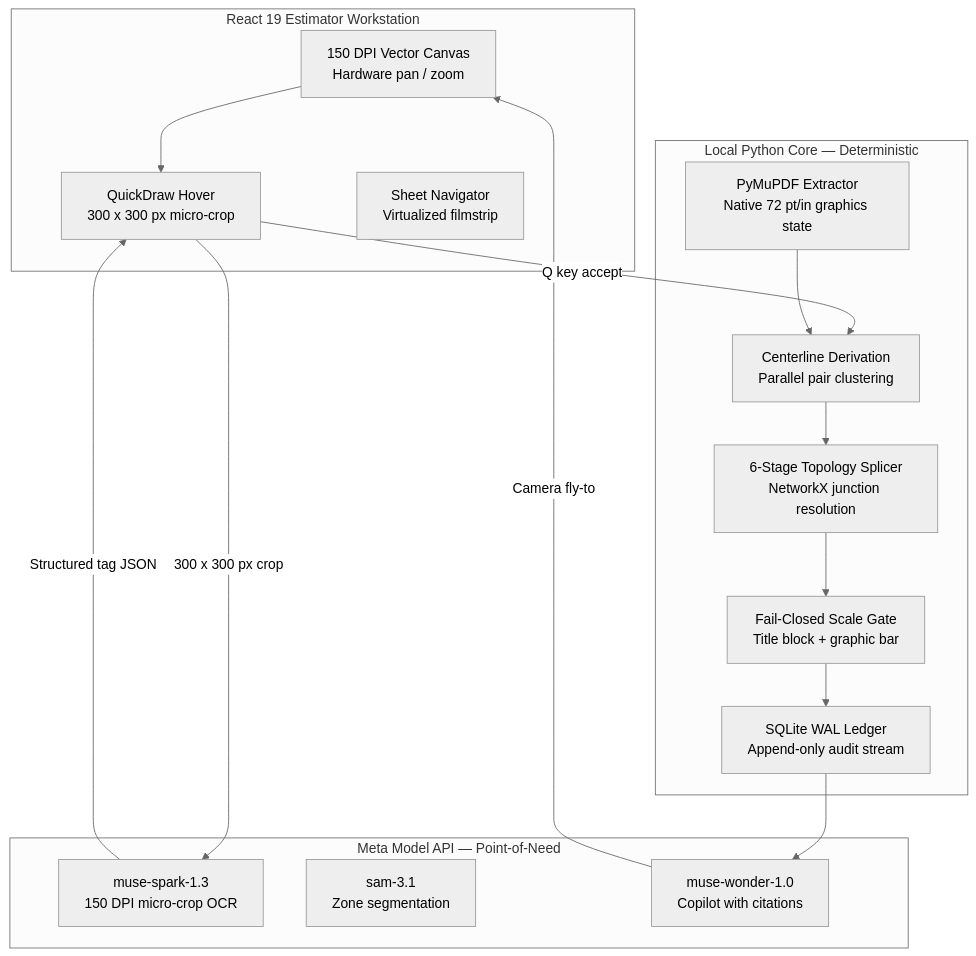
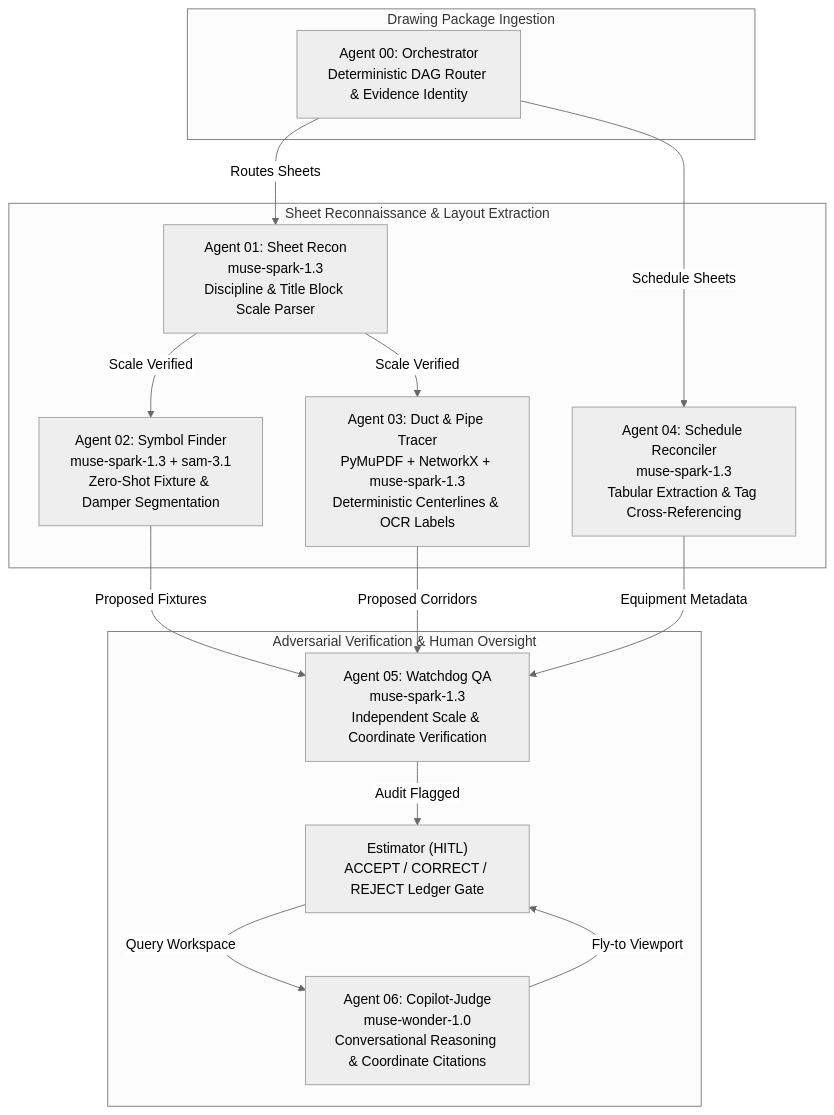
The first of 2 diagrams in README.md (weslyjohn1307/BlueTrace), drawn with Mermaid (neutral theme) before and after one commit. The commit also changed other lines of this file and 1 other file, not shown here.

First line of the commit message:
docs: elevate README with 7-agent architecture and eliminate metric redundancy

````diff
--- a/README.md
+++ b/README.md
@@ -58,33 +64,30 @@
 ```mermaid
 flowchart TB
-    subgraph Workstation["React 19 Estimator Workstation"]
-        Canvas["150 DPI Vector Canvas\nHardware pan / zoom"]
-        Hover["QuickDraw Hover\n300 x 300 px micro-crop"]
-        Navigator["Sheet Navigator\nVirtualized filmstrip"]
+    subgraph Ingestion["Drawing Package Ingestion"]
+        A0["Agent 00: Orchestrator<br/>Deterministic DAG Router & Evidence Identity"]
     end
 
-    subgraph Local["Local Python Core — Deterministic"]
-        Parser["PyMuPDF Extractor\nNative 72 pt/in graphics state"]
-        Corridor["Centerline Derivation\nParallel pair clustering"]
-        Topology["6-Stage Topology Splicer\nNetworkX junction resolution"]
-        Scale["Fail-Closed Scale Gate\nTitle block + graphic bar"]
-        Ledger["SQLite WAL Ledger\nAppend-only audit stream"]
+    subgraph SheetProcessing["Sheet Reconnaissance & Layout Extraction"]
+        A1["Agent 01: Sheet Recon<br/>muse-spark-1.3<br/>Discipline & Title Block Scale Parser"]
+        A2["Agent 02: Symbol Finder<br/>muse-spark-1.3 + sam-3.1<br/>Zero-Shot Fixture & Damper Segmentation"]
+        A3["Agent 03: Duct & Pipe Tracer<br/>PyMuPDF + NetworkX + muse-spark-1.3<br/>Deterministic Centerlines & OCR Labels"]
+        A4["Agent 04: Schedule Reconciler<br/>muse-spark-1.3<br/>Tabular Extraction & Tag Cross-Referencing"]
     end
 
-    subgraph Models["Meta Model API — Point-of-Need"]
-        Spark["muse-spark-1.3\n150 DPI micro-crop OCR"]
-        SAM["sam-3.1\nZone segmentation"]
-        Wonder["muse-wonder-1.0\nCopilot with citations"]
+    subgraph QualityControl["Adversarial Verification & Human Oversight"]
+        A5["Agent 05: Watchdog QA<br/>muse-spark-1.3<br/>Independent Scale & Coordinate Verification"]
+        A6["Agent 06: Copilot-Judge<br/>muse-wonder-1.0<br/>Conversational Reasoning & Coordinate Citations"]
+        Human["Estimator (HITL)<br/>ACCEPT / CORRECT / REJECT Ledger Gate"]
     end
 
-    Canvas --> Hover
-    Hover -->|"300 x 300 px crop"| Spark
-    Spark -->|"Structured tag JSON"| Hover
-    Hover -->|"Q key accept"| Corridor
-    Parser --> Corridor
-    Corridor --> Topology
-    Topology --> Scale
-    Scale --> Ledger
-    Ledger --> Wonder
-    Wonder -->|"Camera fly-to"| Canvas
+    A0 -->|"Routes Sheets"| A1
+    A1 -->|"Scale Verified"| A2
+    A1 -->|"Scale Verified"| A3
+    A0 -->|"Schedule Sheets"| A4
+    A2 -->|"Proposed Fixtures"| A5
+    A3 -->|"Proposed Corridors"| A5
+    A4 -->|"Equipment Metadata"| A5
+    A5 -->|"Audit Flagged"| Human
+    Human -->|"Query Workspace"| A6
+    A6 -->|"Fly-to Viewport"| Human
 ```
````
